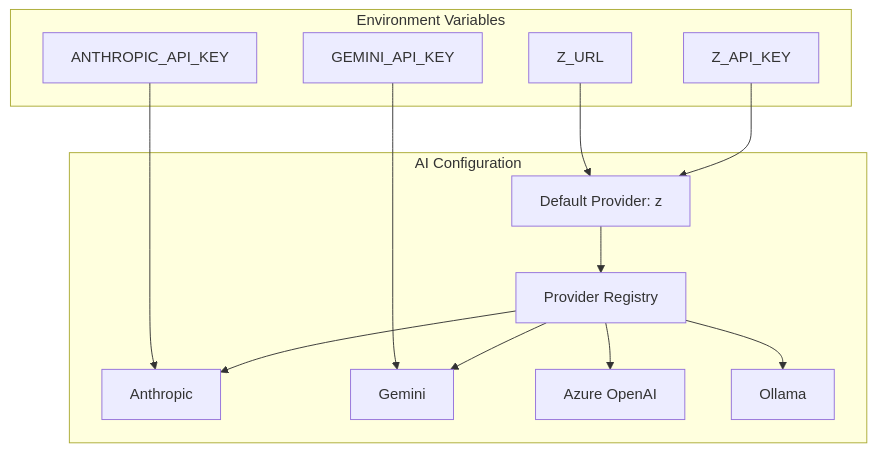
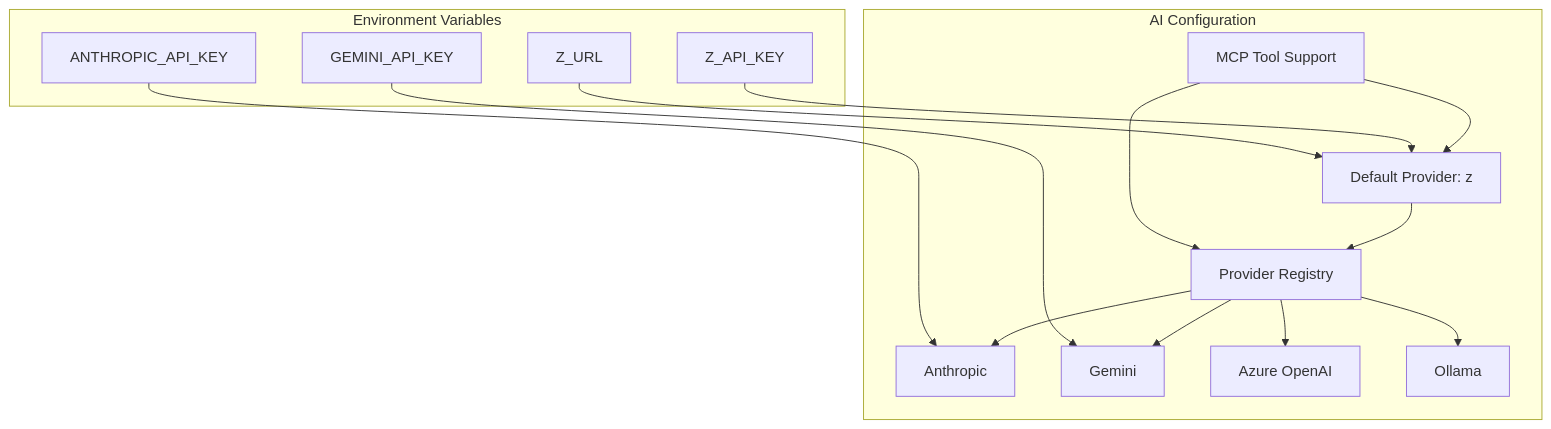
Before and after one commit to siimliimand/laravel-assistant: diagram 12 of 17 in .qoder/repowiki/en/content/AI Integration System/Agent System/DevBot AI Agent System.md, drawn with Mermaid. The commit also changed other lines of this file and 4 other files, not shown here.

First line of the commit message:
docs(agent): document comprehensive MCP tool integration in DevBot AI agent system

````diff
--- a/.qoder/repowiki/en/content/AI Integration System/Agent System/DevBot AI Agent System.md
+++ b/.qoder/repowiki/en/content/AI Integration System/Agent System/DevBot AI Agent System.md
@@ -314,26 +488,29 @@
 ```mermaid
 graph TB
 subgraph "AI Configuration"
 Default[Default Provider: z]
 Providers[Provider Registry]
 Anthropic[Anthropic]
 Gemini[Gemini]
 Azure[Azure OpenAI]
 Ollama[Ollama]
+MCP[MCP Tool Support]
 end
 subgraph "Environment Variables"
 ZKey[Z_API_KEY]
 ZURL[Z_URL]
 AnthKey[ANTHROPIC_API_KEY]
 GeminiKey[GEMINI_API_KEY]
 end
 Default --> Providers
 Providers --> Anthropic
 Providers --> Gemini
 Providers --> Azure
 Providers --> Ollama
+MCP --> Default
+MCP --> Providers
 ZKey --> Default
 ZURL --> Default
 AnthKey --> Anthropic
 GeminiKey --> Gemini
 ```
````
